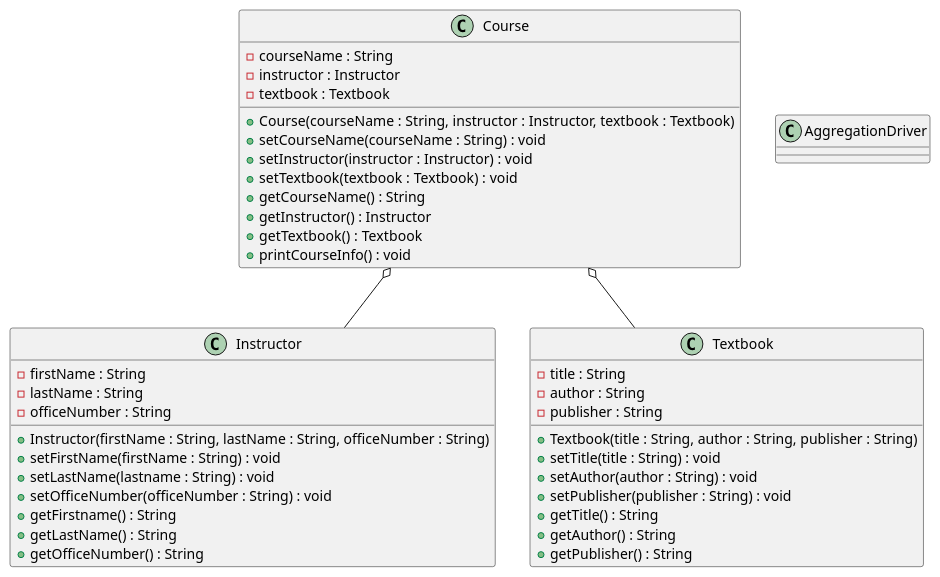
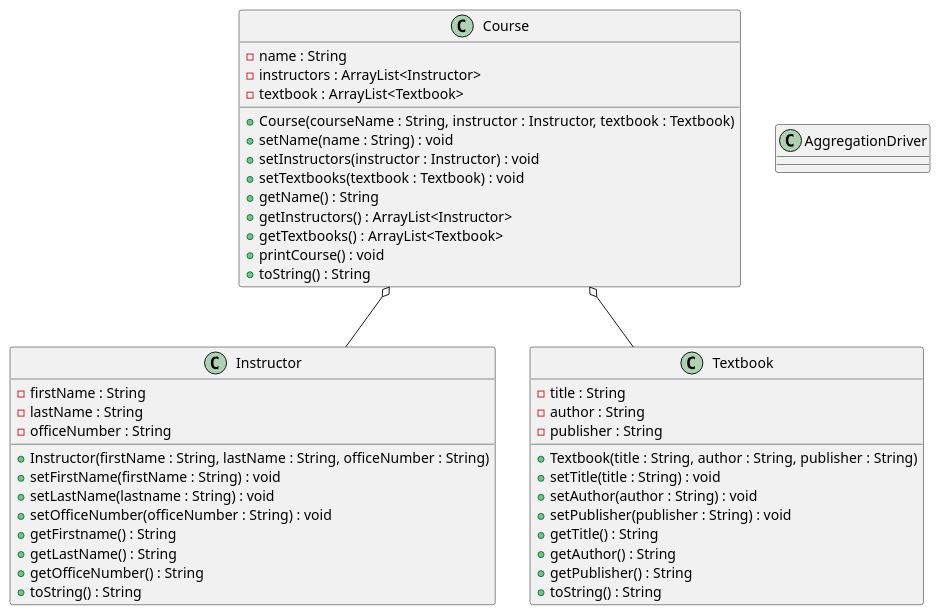
One commit to kellstsai/CS5800 changed the diagram in Homework 3/ClassHomeworkOneAggregation.puml. Above: the diagram before and after it, drawn with PlantUML. The commit also changed 3 other files, not shown here.

```diff
--- a/Homework 3/ClassHomeworkOneAggregation.puml
+++ b/Homework 3/ClassHomeworkOneAggregation.puml
@@ -1,52 +1,55 @@
 @startuml classDiagramAggregation
 
 class Course{
-    - courseName : String
-    - instructor : Instructor
-    - textbook : Textbook
+    - name : String
+    - instructors : ArrayList<Instructor>
+    - textbook : ArrayList<Textbook> 
 
     + Course(courseName : String, instructor : Instructor, textbook : Textbook)
-    + setCourseName(courseName : String) : void
-    + setInstructor(instructor : Instructor) : void
-    + setTextbook(textbook : Textbook) : void
-    + getCourseName() : String
-    + getInstructor() : Instructor
-    + getTextbook() : Textbook
-    + printCourseInfo() : void 
+    + setName(name : String) : void
+    + setInstructors(instructor : Instructor) : void
+    + setTextbooks(textbook : Textbook) : void
+    + getName() : String
+    + getInstructors() : ArrayList<Instructor>
+    + getTextbooks() : ArrayList<Textbook>
+    + printCourse() : void 
+    + toString() : String
 }
 
 class Instructor{
     - firstName : String
     - lastName : String
     - officeNumber : String
 
     + Instructor(firstName : String, lastName : String, officeNumber : String)
     + setFirstName(firstName : String) : void
     + setLastName(lastname : String) : void
     + setOfficeNumber(officeNumber : String) : void
     + getFirstname() : String
     + getLastName() : String
     + getOfficeNumber() : String
+    + toString() : String
 }
 
 class Textbook{
     - title : String
     - author : String
     - publisher : String
 
     + Textbook(title : String, author : String, publisher : String)
     + setTitle(title : String) : void
     + setAuthor(author : String) : void
     + setPublisher(publisher : String) : void
     + getTitle() : String
     + getAuthor() : String
     + getPublisher() : String
+    + toString() : String
 }
 
 class AggregationDriver{
 
 }
 
 Course o-- Instructor
 Course o-- Textbook
 @enduml
```
